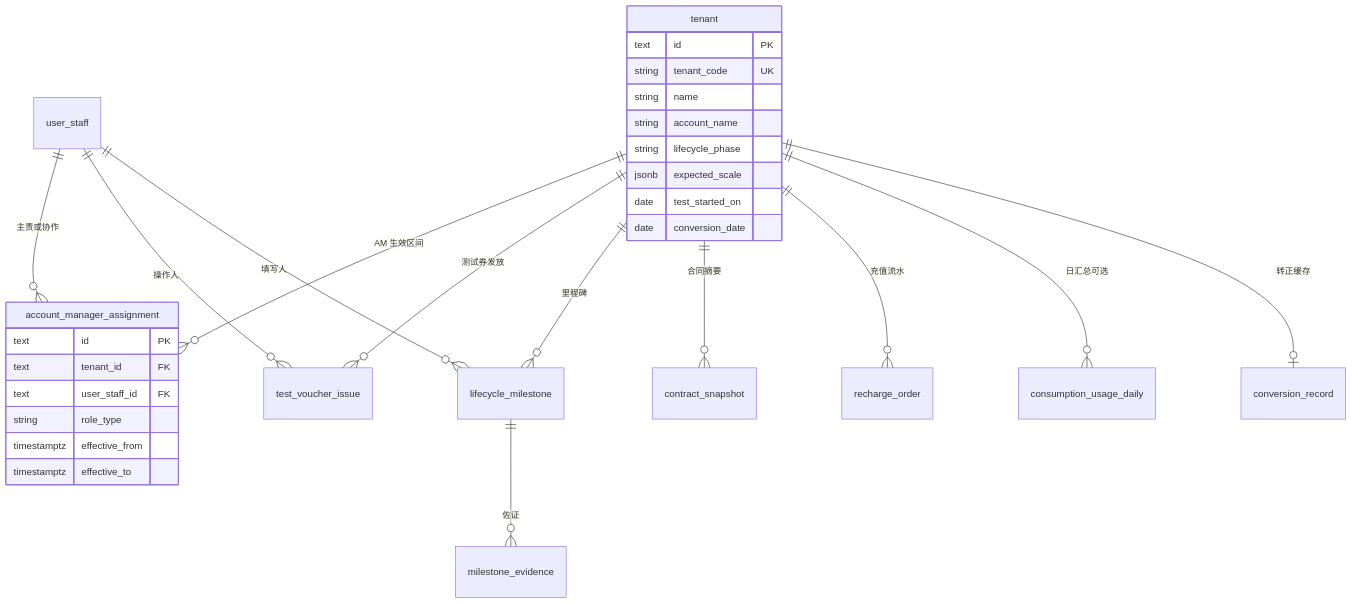
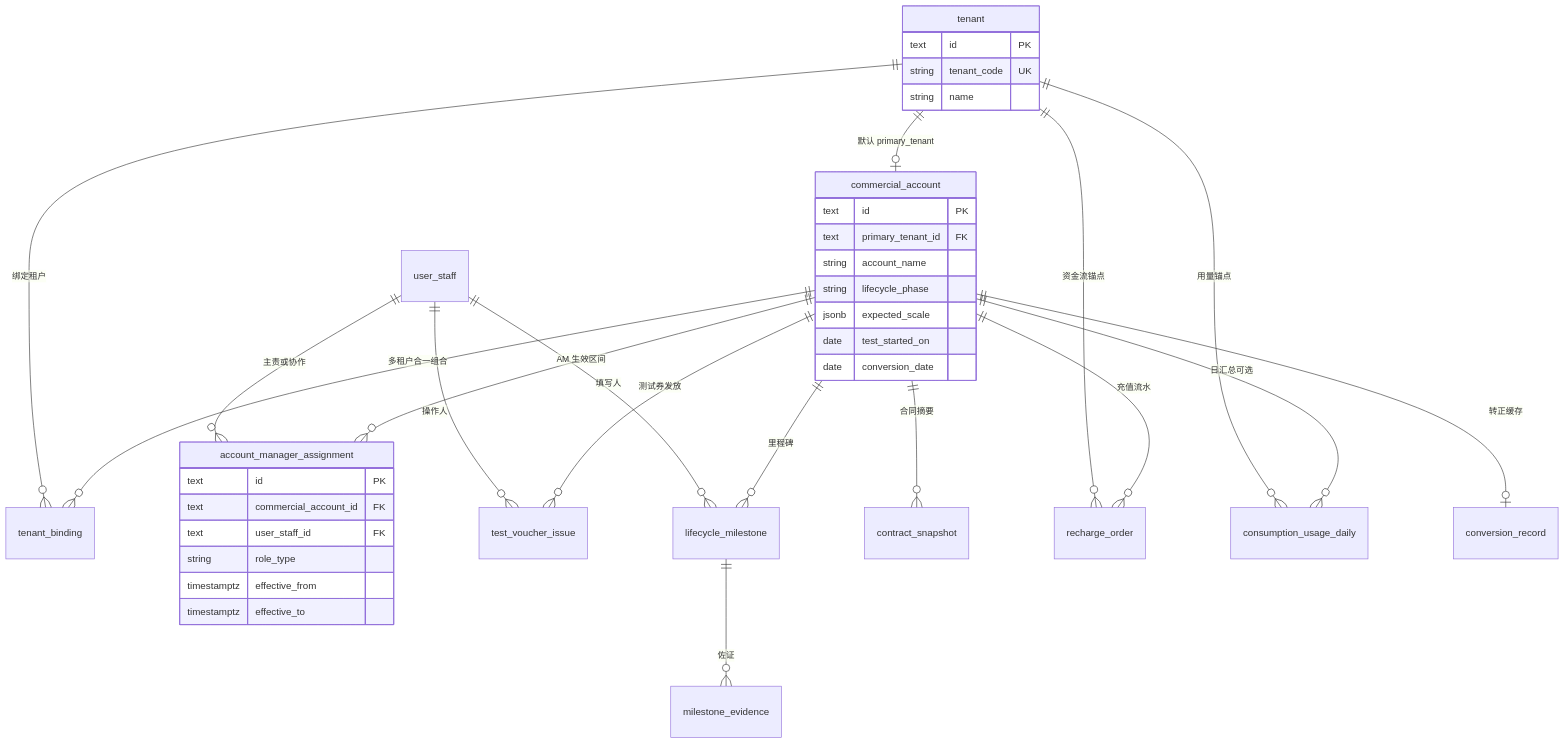
Before and after one commit to metacode0602/opencomfy-hub: the first of 9 diagrams in apps/docs/content/design/database-schema-structure.md, drawn with Mermaid. The commit also changed other lines of this file and 45 other files, not shown here.

````diff
--- a/apps/docs/content/design/database-schema-structure.md
+++ b/apps/docs/content/design/database-schema-structure.md
@@ -265,37 +303,48 @@
 ```mermaid
 erDiagram
-  tenant ||--o{ account_manager_assignment : "AM 生效区间"
+  tenant ||--o| commercial_account : "默认 primary_tenant"
+  commercial_account ||--o{ tenant_binding : "多租户合一组合"
+  tenant_binding }o--|| tenant : "绑定租户"
+
+  commercial_account ||--o{ account_manager_assignment : "AM 生效区间"
   user_staff ||--o{ account_manager_assignment : "主责或协作"
 
-  tenant ||--o{ test_voucher_issue : "测试券发放"
+  commercial_account ||--o{ test_voucher_issue : "测试券发放"
   user_staff ||--o{ test_voucher_issue : "操作人"
 
-  tenant ||--o{ lifecycle_milestone : "里程碑"
+  commercial_account ||--o{ lifecycle_milestone : "里程碑"
   user_staff ||--o{ lifecycle_milestone : "填写人"
   lifecycle_milestone ||--o{ milestone_evidence : "佐证"
 
-  tenant ||--o{ contract_snapshot : "合同摘要"
-  tenant ||--o{ recharge_order : "充值流水"
-  tenant ||--o{ consumption_usage_daily : "日汇总可选"
-  tenant ||--o| conversion_record : "转正缓存"
+  commercial_account ||--o{ contract_snapshot : "合同摘要"
+  commercial_account ||--o{ recharge_order : "充值流水"
+  commercial_account ||--o{ consumption_usage_daily : "日汇总可选"
+  tenant ||--o{ recharge_order : "资金流锚点"
+  tenant ||--o{ consumption_usage_daily : "用量锚点"
+  commercial_account ||--o| conversion_record : "转正缓存"
 
   tenant {
     text id PK
     string tenant_code UK
     string name
+  }
+
+  commercial_account {
+    text id PK
+    text primary_tenant_id FK
     string account_name
     string lifecycle_phase
     jsonb expected_scale
     date test_started_on
     date conversion_date
   }
 
   account_manager_assignment {
     text id PK
-    text tenant_id FK
+    text commercial_account_id FK
     text user_staff_id FK
     string role_type
     timestamptz effective_from
     timestamptz effective_to
   }
 ```
````
